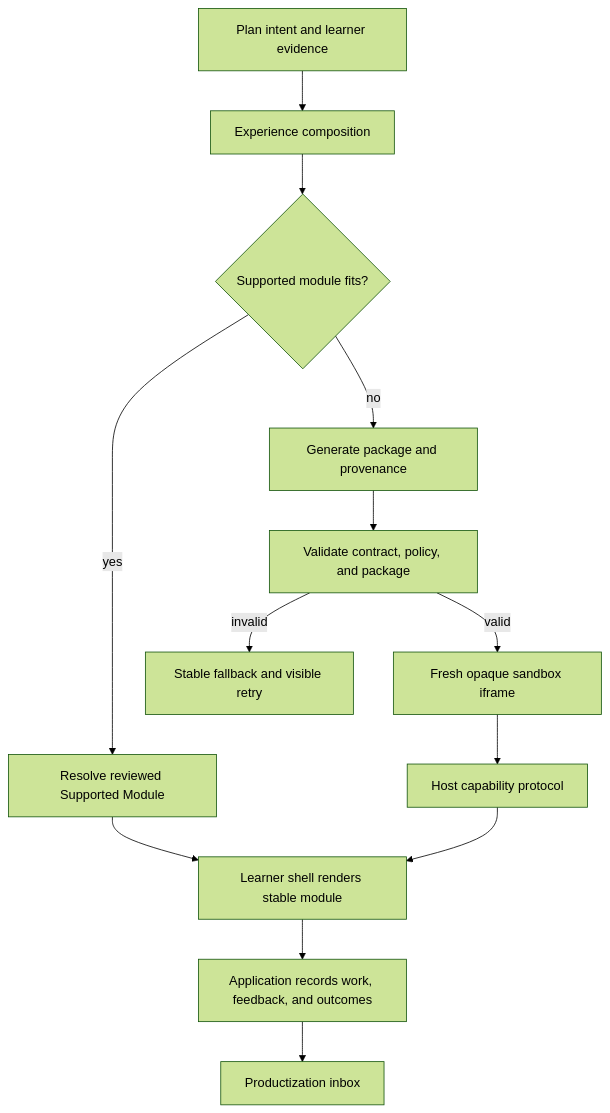
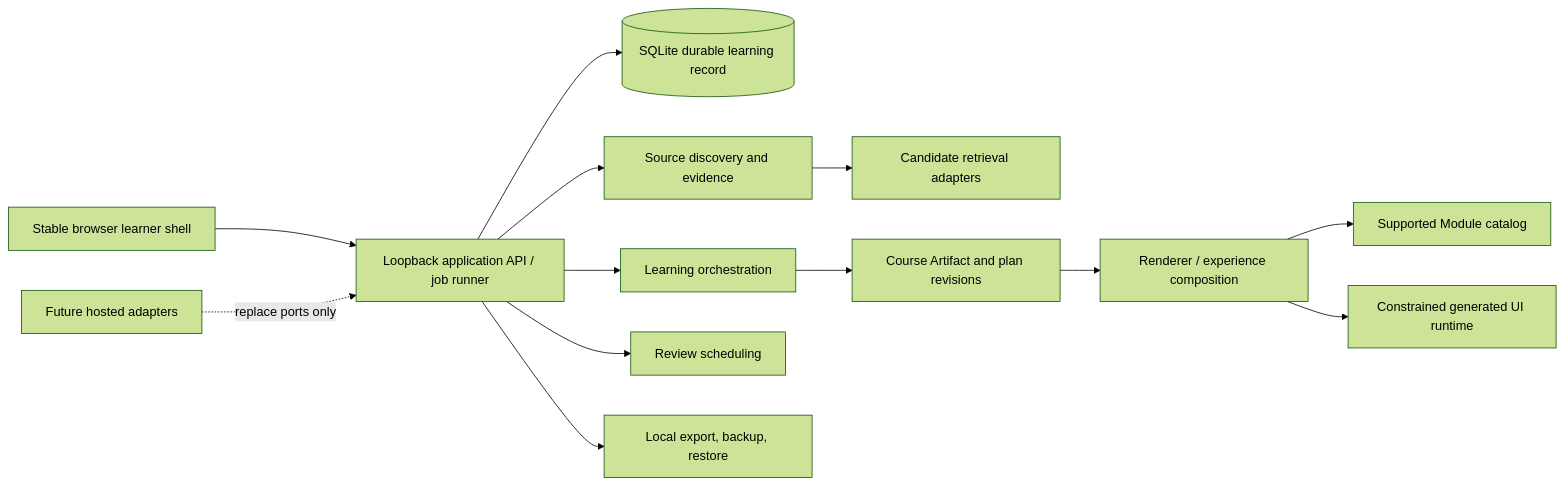
Before and after one commit to Z-Lemke/OpenBook: the second of 2 diagrams in docs/factory/Solution.md, drawn with Mermaid (forest theme). The commit also changed other lines of this file and 5 other files, not shown here.

````diff
--- a/docs/factory/Solution.md
+++ b/docs/factory/Solution.md
@@ -43,15 +60,15 @@
 ```mermaid
-flowchart TD
-  intent["Plan intent and learner evidence"] --> compose["Experience composition"]
-  compose --> catalog{"Supported module fits?"}
-  catalog -->|"yes"| stable["Resolve reviewed Supported Module"]
-  stable --> shell["Learner shell renders stable module"]
-  catalog -->|"no"| generate["Generate package and provenance"]
-  generate --> validate["Validate contract, policy, and package"]
-  validate -->|"valid"| sandbox["Fresh opaque sandbox iframe"]
-  validate -->|"invalid"| fallback["Stable fallback and visible retry"]
-  sandbox --> protocol["Host capability protocol"]
-  protocol --> shell
-  shell --> evidence["Application records work, feedback, and outcomes"]
-  evidence --> inbox["Productization inbox"]
+flowchart LR
+  browser["Stable browser learner shell"] --> app["Loopback application API / job runner"]
+  app --> record[("SQLite durable learning record")]
+  app --> discovery["Source discovery and evidence"]
+  discovery --> web["Candidate retrieval adapters"]
+  app --> learning["Learning orchestration"]
+  learning --> artifact["Course Artifact and plan revisions"]
+  artifact --> composition["Renderer / experience composition"]
+  composition --> catalog["Supported Module catalog"]
+  composition --> runtime["Constrained generated UI runtime"]
+  app --> review["Review scheduling"]
+  app --> ops["Local export, backup, restore"]
+  future["Future hosted adapters"] -. replace ports only .-> app
 ```
````
